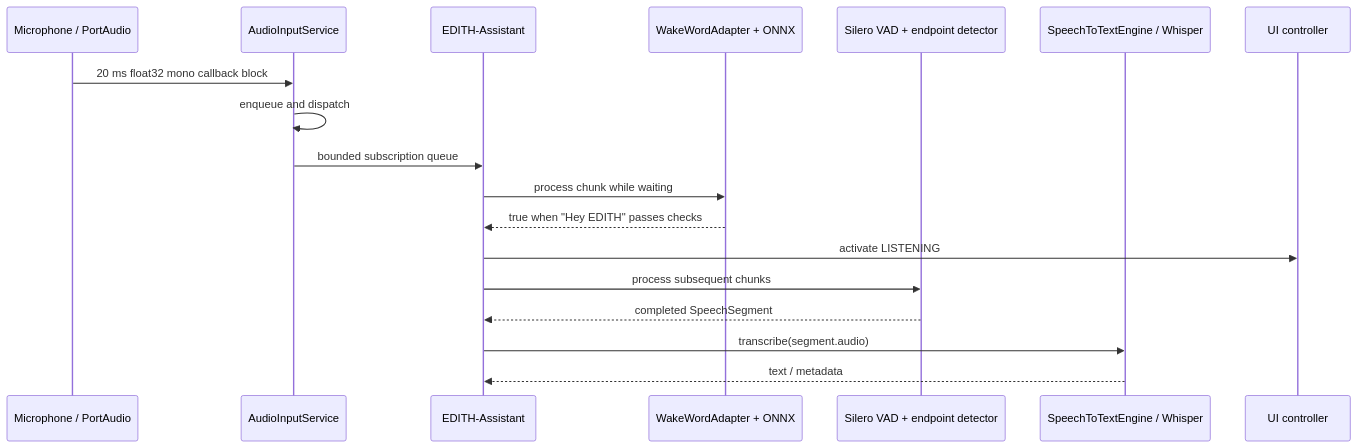
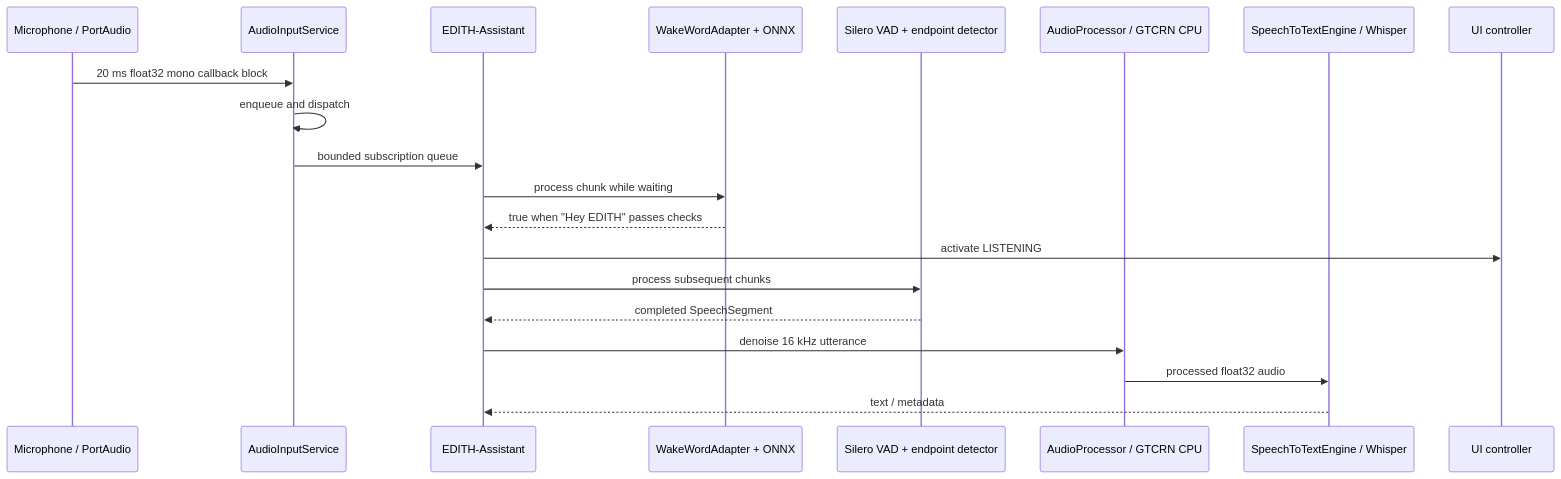
The fourth of 5 diagrams in docs/EDITH_LIFECYCLE_IMPLEMENTATION_REPORT.md (Prayag0222/Edith-), drawn with Mermaid before and after one commit. The commit also changed other lines of this file and 18 other files, not shown here.

````diff
--- a/docs/EDITH_LIFECYCLE_IMPLEMENTATION_REPORT.md
+++ b/docs/EDITH_LIFECYCLE_IMPLEMENTATION_REPORT.md
@@ -475,21 +489,23 @@
 ```mermaid
 sequenceDiagram
     participant Mic as Microphone / PortAudio
     participant Audio as AudioInputService
     participant Assistant as EDITH-Assistant
     participant Wake as WakeWordAdapter + ONNX
     participant Endpoint as Silero VAD + endpoint detector
+    participant Enhance as AudioProcessor / GTCRN CPU
     participant STT as SpeechToTextEngine / Whisper
     participant UI as UI controller
 
     Mic->>Audio: 20 ms float32 mono callback block
     Audio->>Audio: enqueue and dispatch
     Audio->>Assistant: bounded subscription queue
     Assistant->>Wake: process chunk while waiting
     Wake-->>Assistant: true when "Hey EDITH" passes checks
     Assistant->>UI: activate LISTENING
     Assistant->>Endpoint: process subsequent chunks
     Endpoint-->>Assistant: completed SpeechSegment
-    Assistant->>STT: transcribe(segment.audio)
+    Assistant->>Enhance: denoise 16 kHz utterance
+    Enhance->>STT: processed float32 audio
     STT-->>Assistant: text / metadata
 ```
````
